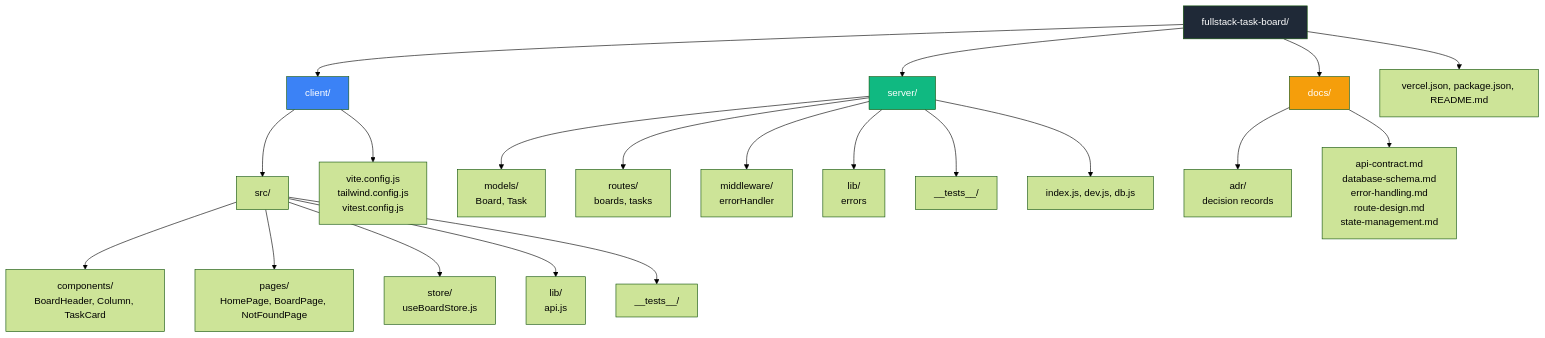
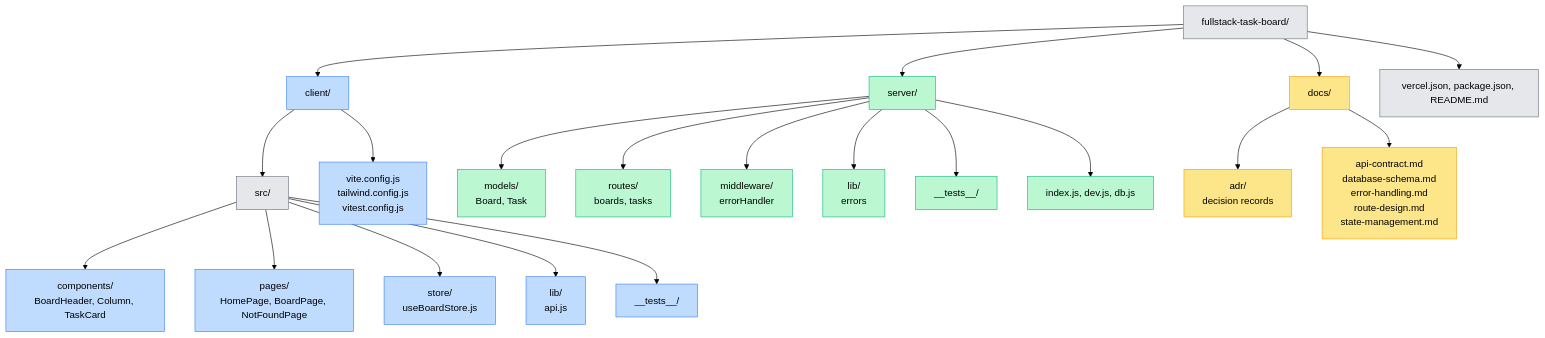
One commit to ahmadkhalil2021/fullstack-task-board changed the first of 7 diagrams in docs/build-architecture.md. Above: the diagram before and after it, drawn with Mermaid (forest theme). The commit also changed other lines of this file, not shown here.

First line of the commit message:
Fix dark mode font visibility in Mermaid diagrams

````diff
--- a/docs/build-architecture.md
+++ b/docs/build-architecture.md
@@ -9,31 +11,35 @@
 ```mermaid
 graph TD
     Root[fullstack-task-board/] --> Client[client/]
     Root --> Server[server/]
     Root --> Docs[docs/]
     Root --> Config[vercel.json, package.json, README.md]
 
     Client --> CSrc[src/]
     Client --> CConfig[vite.config.js<br/>tailwind.config.js<br/>vitest.config.js]
 
     CSrc --> CComp[components/<br/>BoardHeader, Column, TaskCard]
     CSrc --> CPage[pages/<br/>HomePage, BoardPage, NotFoundPage]
     CSrc --> CStore[store/<br/>useBoardStore.js]
     CSrc --> CLib[lib/<br/>api.js]
     CSrc --> CTest[__tests__/]
 
     Server --> SModels[models/<br/>Board, Task]
     Server --> SRoutes[routes/<br/>boards, tasks]
     Server --> SMid[middleware/<br/>errorHandler]
     Server --> SLib[lib/<br/>errors]
     Server --> STest[__tests__/]
     Server --> SEntry[index.js, dev.js, db.js]
 
     Docs --> Adr[adr/<br/>decision records]
     Docs --> Refs[api-contract.md<br/>database-schema.md<br/>error-handling.md<br/>route-design.md<br/>state-management.md]
 
-    style Root fill:#1f2937,color:#fff
-    style Client fill:#3b82f6,color:#fff
-    style Server fill:#10b981,color:#fff
-    style Docs fill:#f59e0b,color:#fff
+    classDef default fill:#e5e7eb,stroke:#6b7280
+    classDef client fill:#bfdbfe,stroke:#3b82f6
+    classDef server fill:#bbf7d0,stroke:#10b981
+    classDef docs fill:#fde68a,stroke:#f59e0b
+
+    class Client,CComp,CPage,CStore,CLib,CTest,CConfig client
+    class Server,SModels,SRoutes,SMid,SLib,STest,SEntry server
+    class Docs,Adr,Refs docs
 ```
````
